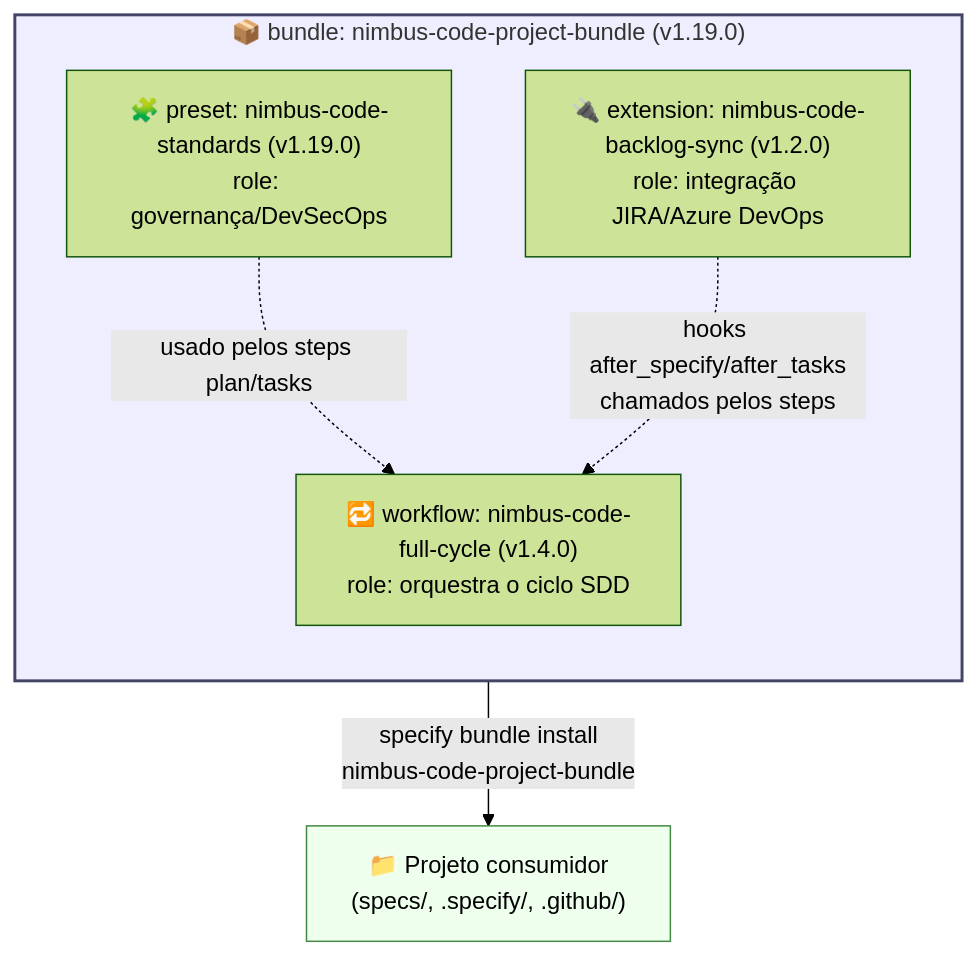
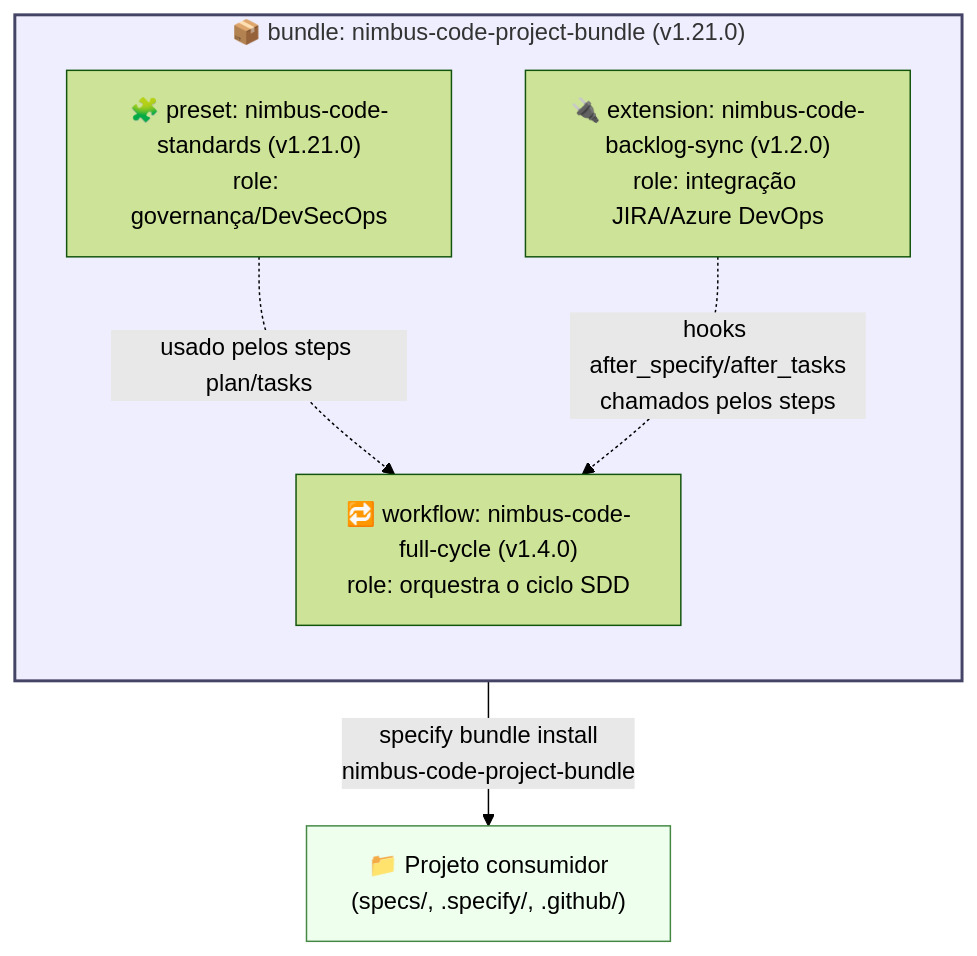
One commit to lrodriguesvpn/nimbus-code changed the second of 2 diagrams in README.md. Above: the diagram before and after it, drawn with Mermaid (forest theme). The commit also changed 7 other files, not shown here.

````diff
--- a/README.md
+++ b/README.md
@@ -163,17 +163,17 @@
 ```mermaid
 flowchart TB
-    subgraph BUNDLE["📦 bundle: nimbus-code-project-bundle (v1.19.0)"]
+    subgraph BUNDLE["📦 bundle: nimbus-code-project-bundle (v1.21.0)"]
         direction TB
-        PRESET["🧩 preset: nimbus-code-standards (v1.19.0)\nrole: governança/DevSecOps"]
+        PRESET["🧩 preset: nimbus-code-standards (v1.21.0)\nrole: governança/DevSecOps"]
         EXT["🔌 extension: nimbus-code-backlog-sync (v1.2.0)\nrole: integração JIRA/Azure DevOps"]
         WF["🔁 workflow: nimbus-code-full-cycle (v1.4.0)\nrole: orquestra o ciclo SDD"]
     end
 
     BUNDLE -->|"specify bundle install\nnimbus-code-project-bundle"| PROJ["📁 Projeto consumidor\n(specs/, .specify/, .github/)"]
 
     PRESET -. "usado pelos steps plan/tasks" .-> WF
     EXT -. "hooks after_specify/after_tasks\nchamados pelos steps" .-> WF
 
     style BUNDLE fill:#eef,stroke:#446,stroke-width:2px
     style PROJ fill:#efe,stroke:#484
 ```
````
